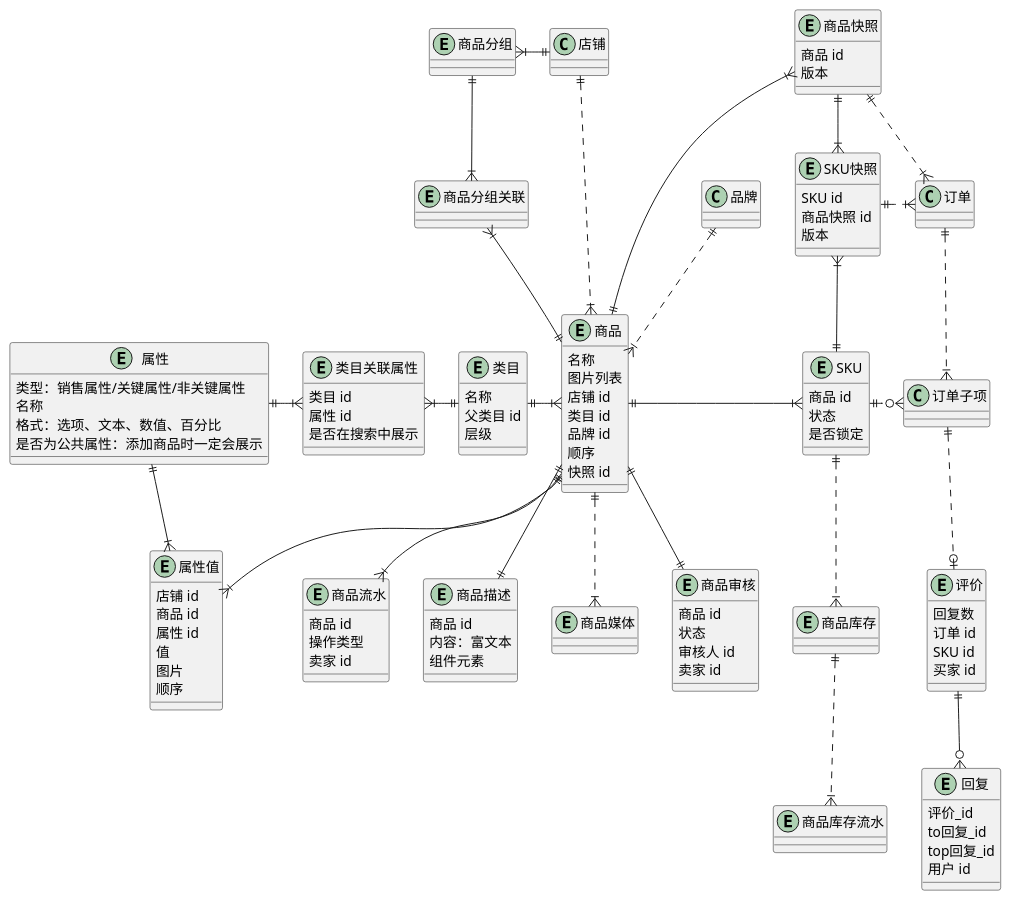
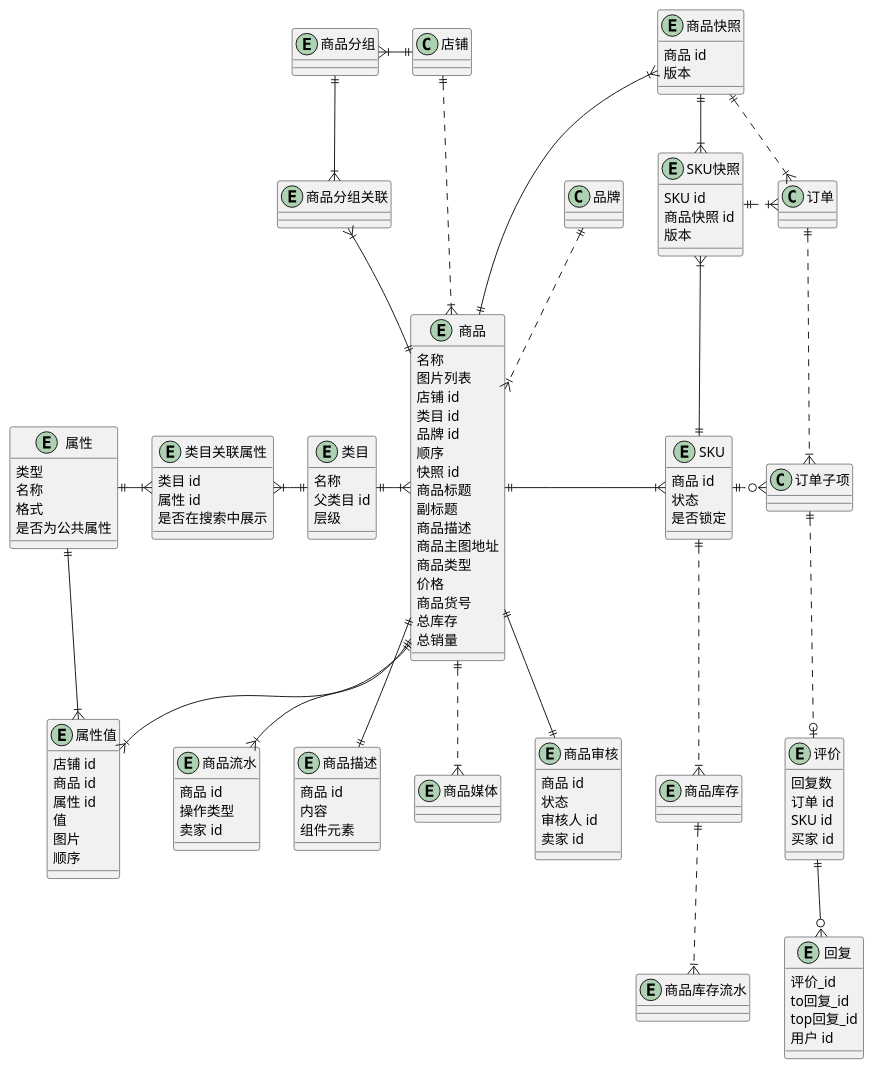
The diagram in 商品.wsd (awesomecat2020/mock-mall), drawn with PlantUML before and after one commit. The commit also changed 4 other files, not shown here.

```diff
--- a/商品.wsd
+++ b/商品.wsd
@@ -1,141 +1,170 @@
 @startuml 商品UML
 
 ' ==================== 商品 ====================
 entity 商品 {
     名称
     图片列表
     店铺 id
     类目 id
     品牌 id
     顺序
     快照 id
+    商品标题
+    ' 分享链接时显示
+    副标题
+    商品描述
+    商品主图地址
+'   0：普通商品（物流发货）
+'   3：UMP降价拍
+'   5：外卖商品
+'   10：分销商品
+'   20：会员卡商品
+'   21：礼品卡商品
+'   22：团购券
+'   25：批发商品
+'   30：收银台商品
+'   31：知识付费商品
+'   35：酒店商品（无需物流）
+'   40：美业商品
+'   60：虚拟商品（无需物流）
+'   61：电子卡券（无需物流）
+    商品类型
+    价格
+    ' 商家为商品设置的外部编号
+    商品货号
+    ' 基于 sku 的库存数量累加
+    总库存
+    总销量
 }
 entity 类目 {
     名称
     父类目 id
     层级
 }
 entity 商品审核 {
     商品 id
     状态
     审核人 id
     卖家 id
 }
 entity 商品流水 {
     商品 id
     操作类型
     卖家 id
 }
 entity 商品描述 {
     商品 id
-    ' 字数要大于5个字符，小于25000个字符 ，受违禁词控制
-    内容：富文本
+    ' 富文本，字数要大于5个字符，小于25000个字符 ，受违禁词控制
+    内容
     组件元素
 }
 entity 商品媒体 {
     ' 暂不做
 }
 entity 商品分组 {
 
 }
 entity 商品分组关联 {
 
 }
 ' entity 后台类目 {
 ' 
 ' }
 
 店铺 ||..|{ 商品
 商品 }|.u.|| 品牌
 类目 ||-|{ 商品
 商品 ||--|| 商品审核
 商品 ||--|{ 商品流水
 商品 ||--|| 商品描述
 商品 ||..|{ 商品媒体
 ' 分组
 店铺 ||-l-|{ 商品分组
 商品分组关联 }|-u-|| 商品分组
 商品 ||-u-|{ 商品分组关联
 
 
 ' ==================== 订单 ====================
 entity SKU {
     商品 id
     状态
     是否锁定
 }
 entity 商品库存 {
     ' 暂不做
 }
 entity 商品库存流水 {
     ' 暂不做
 }
 entity 商品快照 {
     商品 id
     版本
 }
 entity SKU快照 {
     SKU id
     商品快照 id
     版本
 }
 
 商品 ||-|{ SKU
 SKU ||..|{ 商品库存
 商品库存 ||..|{ 商品库存流水
 SKU ||.o{ 订单子项
 ' 快照
 SKU ||-u-|{ SKU快照
 SKU快照 ||.|{ 订单
 商品快照 ||--|{ SKU快照
 商品 ||-u-|{ 商品快照
 商品快照 ||.|{ 订单
 
 ' ==================== 属性 ====================
 entity 属性 {
     ' 类目不同，属性不同
-    类型：销售属性/关键属性/非关键属性
+    ' 销售属性/关键属性/非关键属性
+    类型
     名称
-    格式：选项、文本、数值、百分比
-    是否为公共属性：添加商品时一定会展示
+    ' 选项、文本、数值、百分比
+    格式
+    ' 添加商品时一定会展示
+    是否为公共属性
 }
 entity 类目关联属性 {
     类目 id
     属性 id
     是否在搜索中展示
 }
 entity 属性值 {
     店铺 id
     商品 id
     属性 id
     值
     图片
     顺序
 }
 
 属性 ||-|{ 类目关联属性
 类目关联属性 }|-|| 类目
 属性 ||--|{ 属性值
 商品 ||--|{ 属性值
 
 
 ' ==================== 评价 ====================
 entity 评价 {
     回复数
     订单 id
     SKU id
     买家 id
 }
 entity 回复 {
     评价_id
     to回复_id
     top回复_id
     用户 id
 }
 
 
 评价 |o.u.|| 订单子项
 订单子项 }|.u.|| 订单
 评价 ||--o{ 回复
 
 @enduml
```
